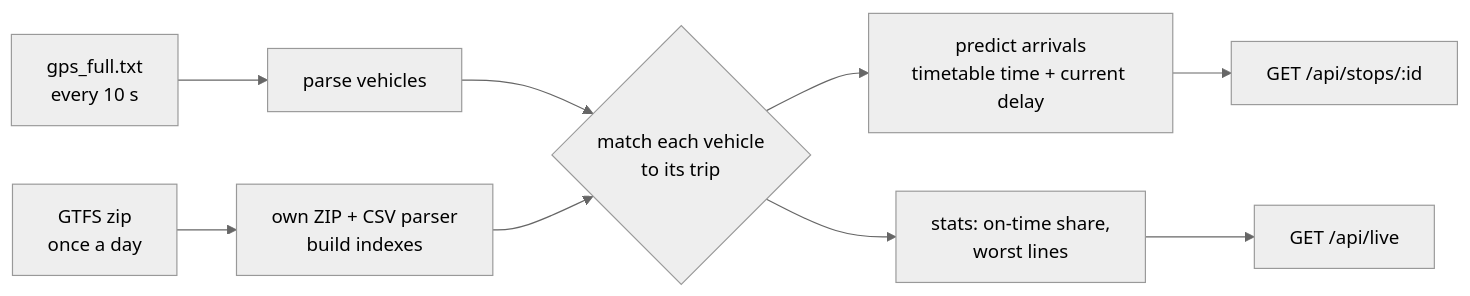
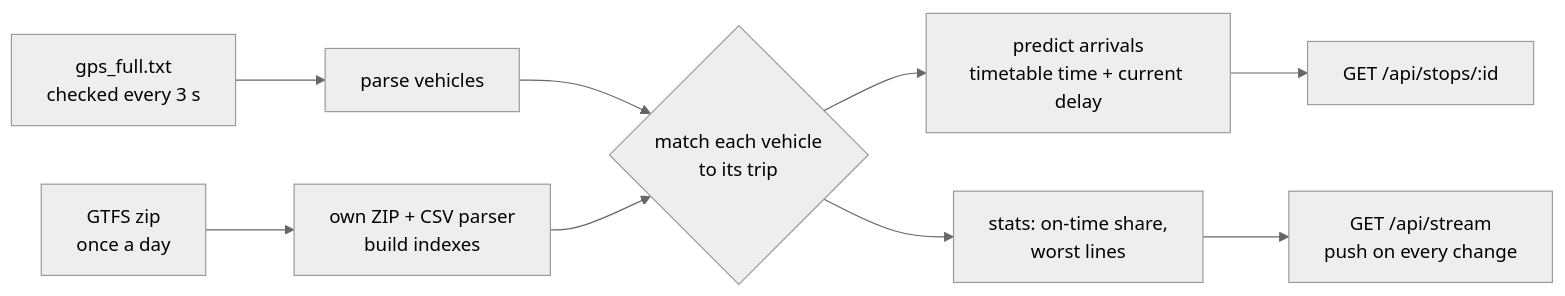
One commit to Tadas380/kaunas-transit-live changed the diagram in README.md. Above: the diagram before and after it, drawn with Mermaid (neutral theme). The commit also changed other lines of this file and 3 other files, not shown here.

Commit message:
Live updates: push stream + smooth movement

````diff
--- a/README.md
+++ b/README.md
@@ -35,11 +35,11 @@
 ```mermaid
 flowchart LR
-    A[gps_full.txt<br/>every 10 s] --> B[parse vehicles]
+    A[gps_full.txt<br/>checked every 3 s] --> B[parse vehicles]
     G[GTFS zip<br/>once a day] --> H[own ZIP + CSV parser<br/>build indexes]
     B --> M{match each vehicle<br/>to its trip}
     H --> M
     M --> P[predict arrivals<br/>timetable time + current delay]
     M --> S[stats: on-time share,<br/>worst lines]
     P --> API["GET /api/stops/:id"]
-    S --> API2["GET /api/live"]
+    S --> API2["GET /api/stream<br/>push on every change"]
 ```
````
